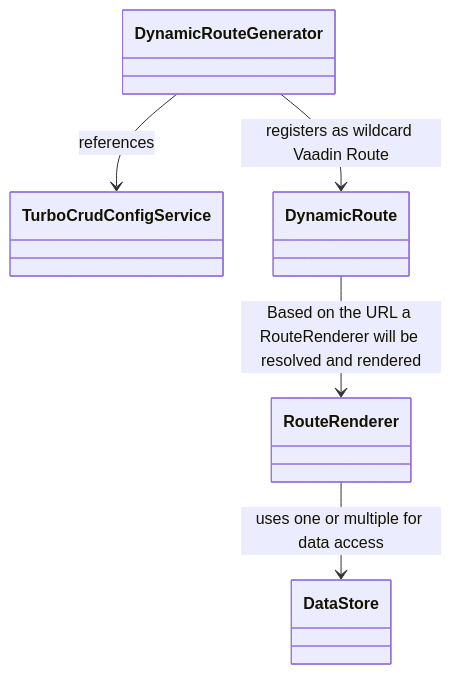
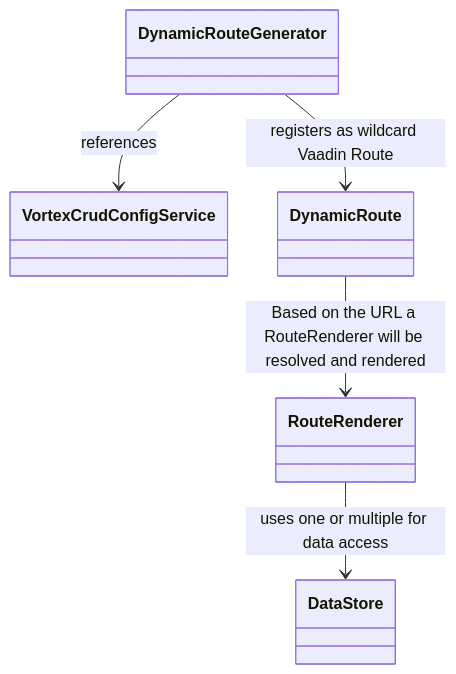
The first of 3 diagrams in README.md (appreciated/vortex-crud), drawn with Mermaid before and after one commit. The commit also changed other lines of this file, not shown here.

````diff
--- a/README.md
+++ b/README.md
@@ -244,12 +244,12 @@
 ```mermaid
 classDiagram
-    class TurboCrudConfigService
+    class VortexCrudConfigService
     class DynamicRouteGenerator
     class RouteRenderer
     class DataStore
 
-    DynamicRouteGenerator --> TurboCrudConfigService: references
+    DynamicRouteGenerator --> VortexCrudConfigService: references
     DynamicRouteGenerator --> DynamicRoute: registers as wildcard Vaadin Route
     DynamicRoute --> RouteRenderer: Based on the URL a RouteRenderer will be resolved and rendered
     RouteRenderer --> DataStore: uses one or multiple for data access
 ```
````
